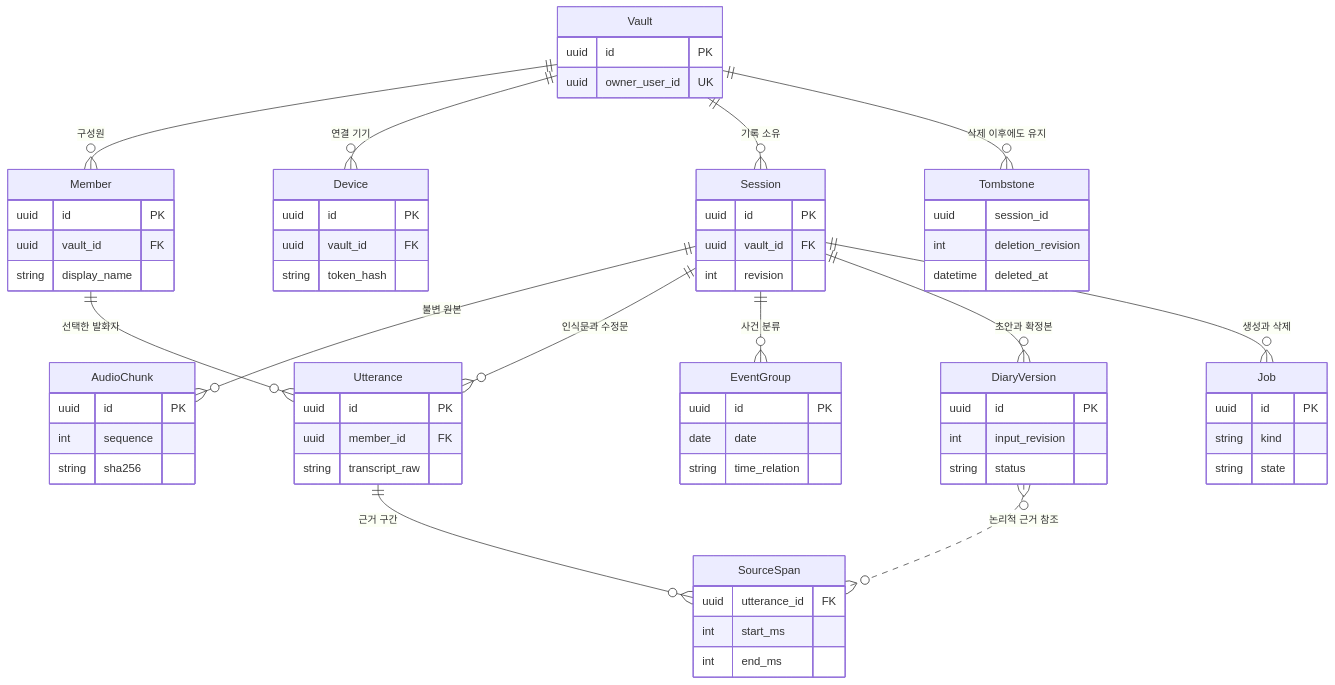
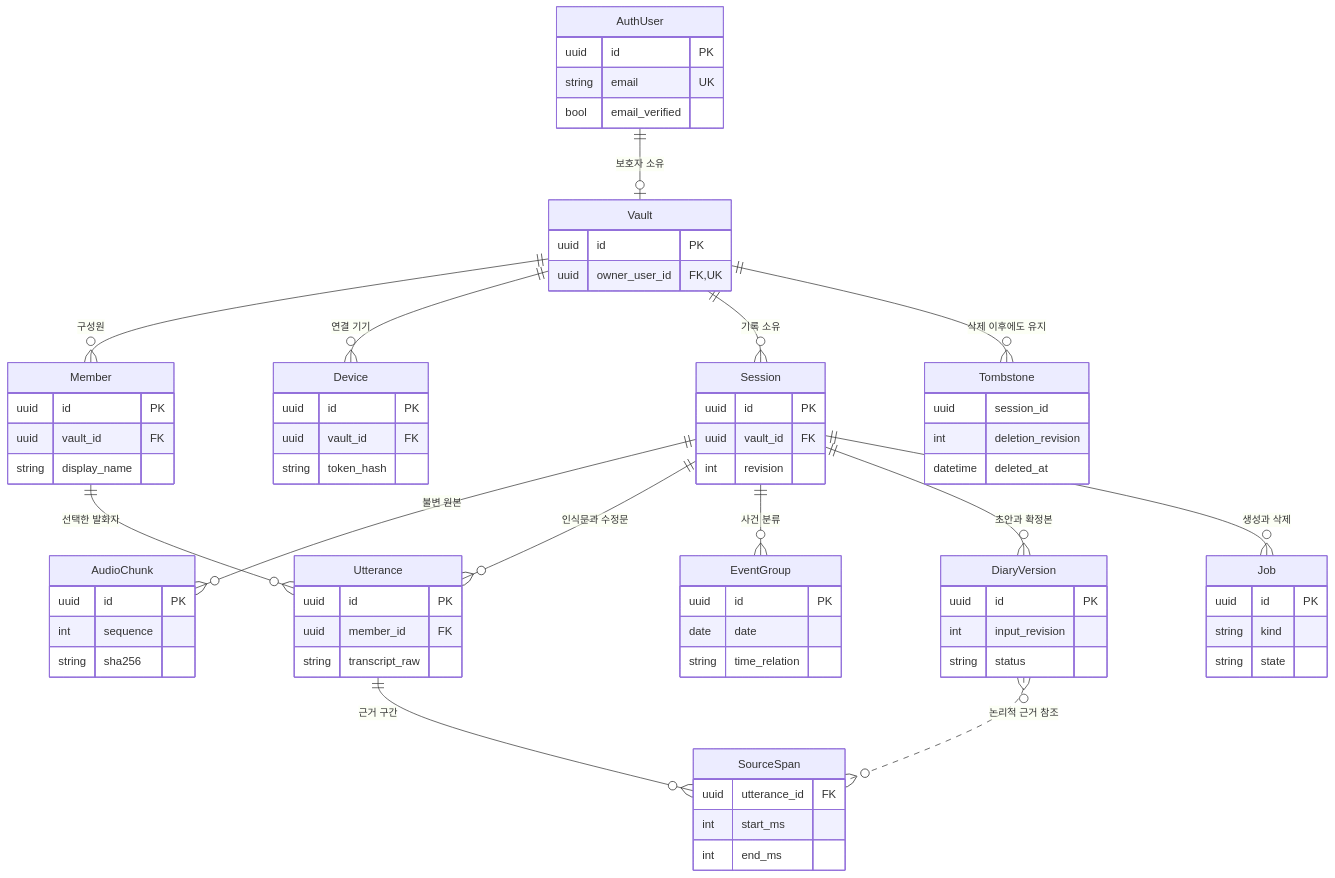
One commit to LSHgrandvoyage/hmg-family-diary changed the diagram in docs/architecture/data.mmd. Above: the diagram before and after it, drawn with Mermaid. The commit also changed 19 other files, not shown here.

```diff
--- a/docs/architecture/data.mmd
+++ b/docs/architecture/data.mmd
@@ -1,70 +1,76 @@
 erDiagram
   accTitle: 가족 여행일기 핵심 데이터 아키텍처
   accDescr: 보관함 아래의 세션은 불변 음성 조각과 발화를 보유한다. 일기 버전은 발화 구간을 근거로 참조하며 삭제 표식은 기록 재생성을 차단한다. 논리 관계도이며 실제 SQL 스키마는 아직 없다.
   direction TB
+  AuthUser ||--o| Vault : "보호자 소유"
   Vault ||--o{ Member : "구성원"
   Vault ||--o{ Device : "연결 기기"
   Vault ||--o{ Session : "기록 소유"
   Session ||--o{ AudioChunk : "불변 원본"
   Session ||--o{ Utterance : "인식문과 수정문"
   Member ||--o{ Utterance : "선택한 발화자"
   Utterance ||--o{ SourceSpan : "근거 구간"
   Session ||--o{ EventGroup : "사건 분류"
   Session ||--o{ DiaryVersion : "초안과 확정본"
   DiaryVersion }o..o{ SourceSpan : "논리적 근거 참조"
   Session ||--o{ Job : "생성과 삭제"
   Vault ||--o{ Tombstone : "삭제 이후에도 유지"
+  AuthUser {
+    uuid id PK
+    string email UK
+    bool email_verified
+  }
   Vault {
     uuid id PK
-    uuid owner_user_id UK
+    uuid owner_user_id FK,UK
   }
   Device {
     uuid id PK
     uuid vault_id FK
     string token_hash
   }
   Member {
     uuid id PK
     uuid vault_id FK
     string display_name
   }
   Session {
     uuid id PK
     uuid vault_id FK
     int revision
   }
   AudioChunk {
     uuid id PK
     int sequence
     string sha256
   }
   Utterance {
     uuid id PK
     uuid member_id FK
     string transcript_raw
   }
   SourceSpan {
     uuid utterance_id FK
     int start_ms
     int end_ms
   }
   EventGroup {
     uuid id PK
     date date
     string time_relation
   }
   DiaryVersion {
     uuid id PK
     int input_revision
     string status
   }
   Job {
     uuid id PK
     string kind
     string state
   }
   Tombstone {
     uuid session_id
     int deletion_revision
     datetime deleted_at
   }
```
